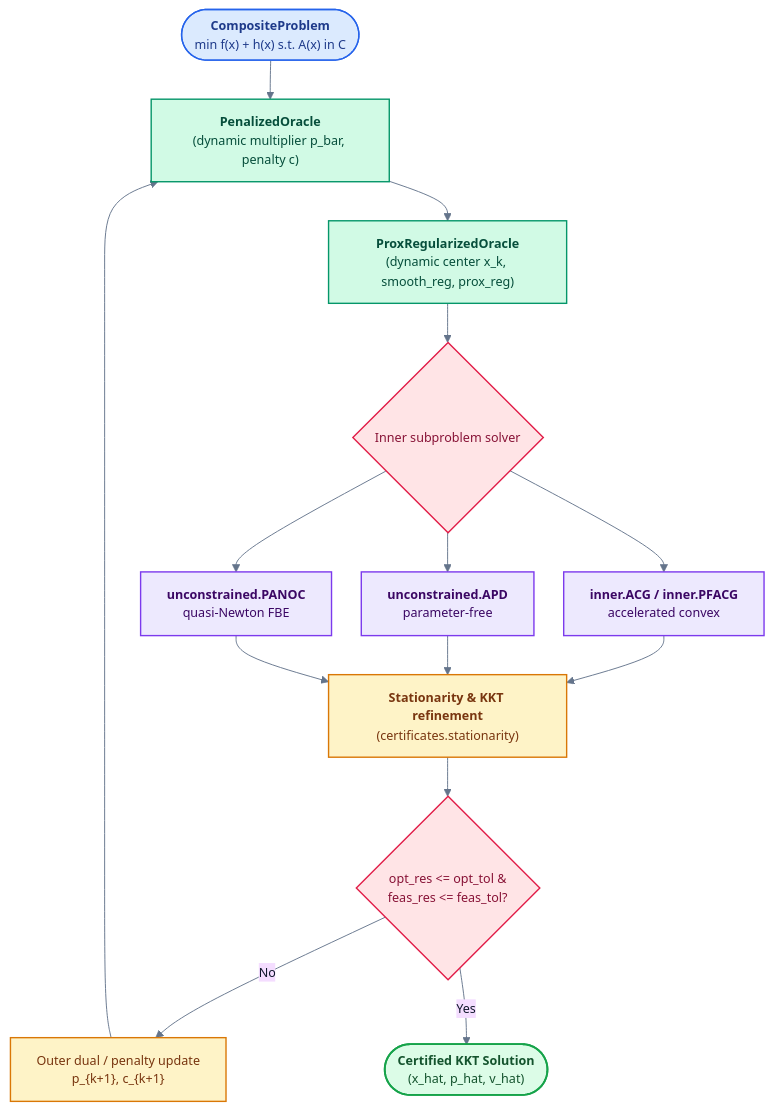
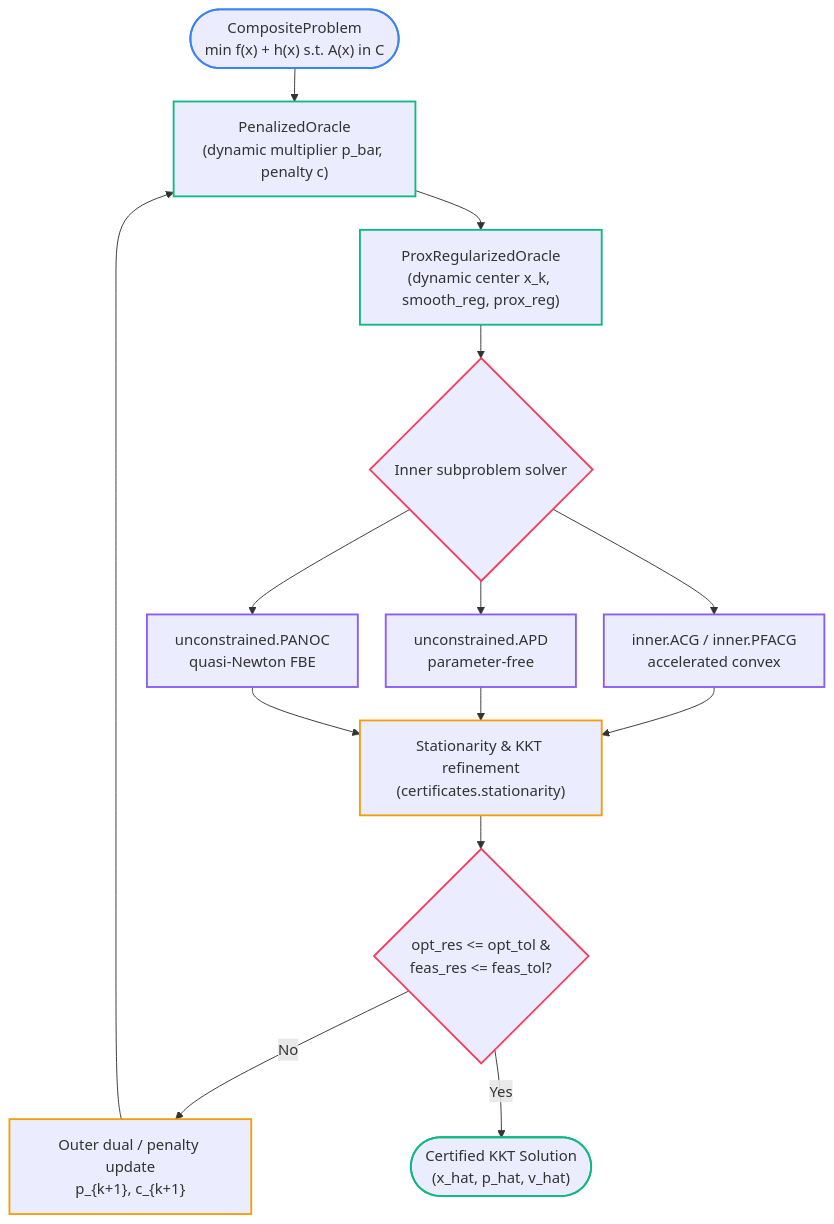
The third of 4 diagrams in docs/appendices/software_architecture.md (wwkong/proxax), drawn with Mermaid before and after one commit. The commit also changed other lines of this file and 2 other files, not shown here.

Commit message:
Enable Mermaid pan/zoom and switch Appendix E diagrams to vertical layout

````diff
--- a/docs/appendices/software_architecture.md
+++ b/docs/appendices/software_architecture.md
@@ -121,30 +114,30 @@
 ```{mermaid}
-%%{init: {'theme': 'base', 'flowchart': {'curve': 'basis', 'padding': 14, 'nodeSpacing': 32, 'rankSpacing': 42}, 'themeVariables': {'fontFamily': 'Inter, system-ui, -apple-system, sans-serif', 'fontSize': '13.5px', 'lineColor': '#64748b', 'primaryTextColor': '#0f172a'}}}%%
+%%{init: {'flowchart': {'curve': 'basis', 'nodeSpacing': 30, 'rankSpacing': 36}}}%%
 flowchart TB
-    classDef prob fill:#dbeafe,stroke:#2563eb,color:#1e3a8a,stroke-width:1.5px
-    classDef oracle fill:#d1fae5,stroke:#059669,color:#064e3b,stroke-width:1.5px
-    classDef decision fill:#ffe4e6,stroke:#e11d48,color:#881337,stroke-width:1.5px
-    classDef inner fill:#ede9fe,stroke:#7c3aed,color:#3b0764,stroke-width:1.5px
-    classDef outer fill:#fef3c7,stroke:#d97706,color:#78350f,stroke-width:1.5px
-    classDef done fill:#dcfce7,stroke:#16a34a,color:#14532d,stroke-width:2px
+    classDef prob stroke:#3b82f6,stroke-width:2px
+    classDef oracle stroke:#10b981,stroke-width:2px
+    classDef decision stroke:#f43f5e,stroke-width:2px
+    classDef inner stroke:#8b5cf6,stroke-width:2px
+    classDef outer stroke:#f59e0b,stroke-width:2px
+    classDef done stroke:#10b981,stroke-width:2px
 
-    CP(["<b>CompositeProblem</b><br/>min f(x) + h(x) s.t. A(x) in C"]):::prob
-    PEN["<b>PenalizedOracle</b><br/>(dynamic multiplier p_bar, penalty c)"]:::oracle
-    REG["<b>ProxRegularizedOracle</b><br/>(dynamic center x_k, smooth_reg, prox_reg)"]:::oracle
+    CP(["CompositeProblem<br/>min f(x) + h(x) s.t. A(x) in C"]):::prob
+    PEN["PenalizedOracle<br/>(dynamic multiplier p_bar, penalty c)"]:::oracle
+    REG["ProxRegularizedOracle<br/>(dynamic center x_k, smooth_reg, prox_reg)"]:::oracle
 
     SUB{"Inner subproblem solver"}:::decision
-    ACG["<b>inner.ACG / inner.PFACG</b><br/>accelerated convex"]:::inner
-    APD["<b>unconstrained.APD</b><br/>parameter-free"]:::inner
-    PANOC["<b>unconstrained.PANOC</b><br/>quasi-Newton FBE"]:::inner
+    ACG["inner.ACG / inner.PFACG<br/>accelerated convex"]:::inner
+    APD["unconstrained.APD<br/>parameter-free"]:::inner
+    PANOC["unconstrained.PANOC<br/>quasi-Newton FBE"]:::inner
 
-    REF["<b>Stationarity & KKT refinement</b><br/>(certificates.stationarity)"]:::outer
+    REF["Stationarity & KKT refinement<br/>(certificates.stationarity)"]:::outer
     UPD{"opt_res <= opt_tol &<br/>feas_res <= feas_tol?"}:::decision
     STEP["Outer dual / penalty update<br/>p_{k+1}, c_{k+1}"]:::outer
-    DONE(["<b>Certified KKT Solution</b><br/>(x_hat, p_hat, v_hat)"]):::done
+    DONE(["Certified KKT Solution<br/>(x_hat, p_hat, v_hat)"]):::done
 
     CP --> PEN --> REG --> SUB
     SUB --> ACG & APD & PANOC
     ACG & APD & PANOC --> REF --> UPD
     UPD -->|"No"| STEP --> PEN
     UPD -->|"Yes"| DONE
 ```
````
